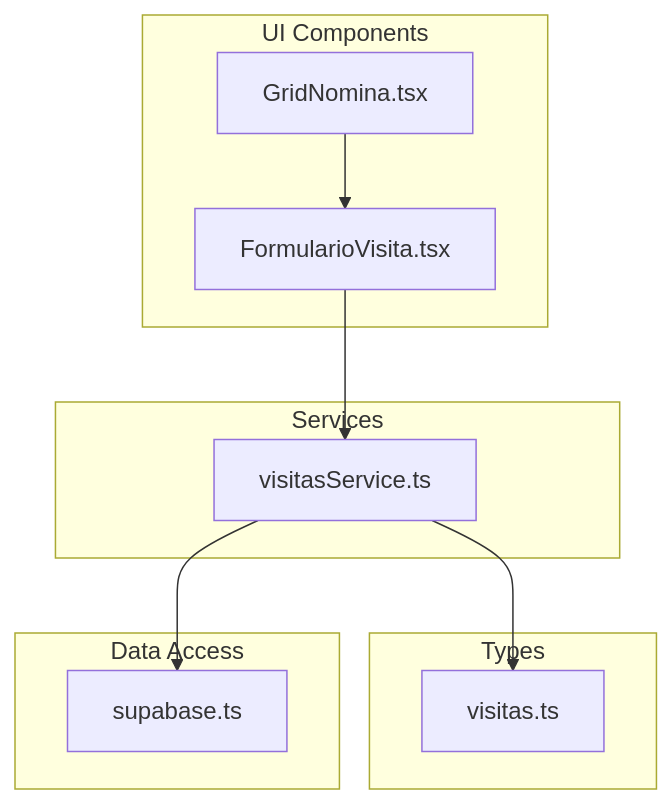
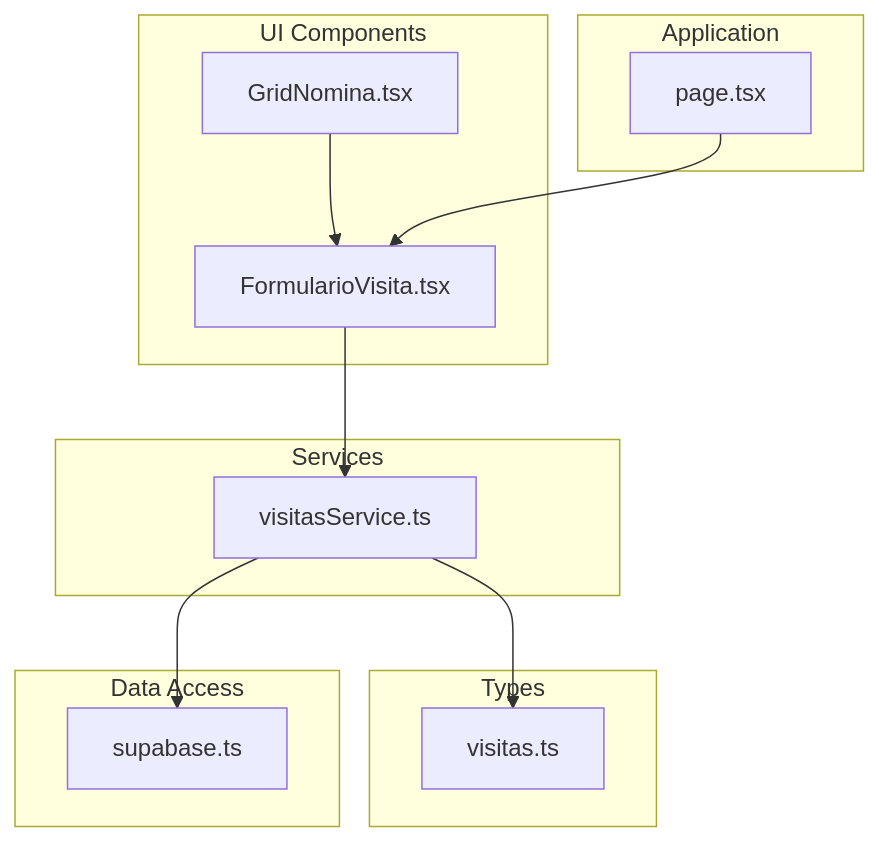
The first of 4 diagrams in .qoder/repowiki/en/content/Core Services & Business Logic/Visit Management Service.md (AgusCatra/simu-twin-web), drawn with Mermaid before and after one commit. The commit also changed other lines of this file and 21 other files, not shown here.

````diff
--- a/.qoder/repowiki/en/content/Core Services & Business Logic/Visit Management Service.md
+++ b/.qoder/repowiki/en/content/Core Services & Business Logic/Visit Management Service.md
@@ -48,20 +58,24 @@
 ```mermaid
 graph TB
 subgraph "Services"
 S["visitasService.ts"]
 end
 subgraph "Types"
 T["visitas.ts"]
 end
 subgraph "Data Access"
 D["supabase.ts"]
 end
 subgraph "UI Components"
 U["FormularioVisita.tsx"]
 G["GridNomina.tsx"]
 end
+subgraph "Application"
+P["page.tsx"]
+end
 S --> T
 S --> D
 U --> S
 G --> U
+P --> U
 ```
````
